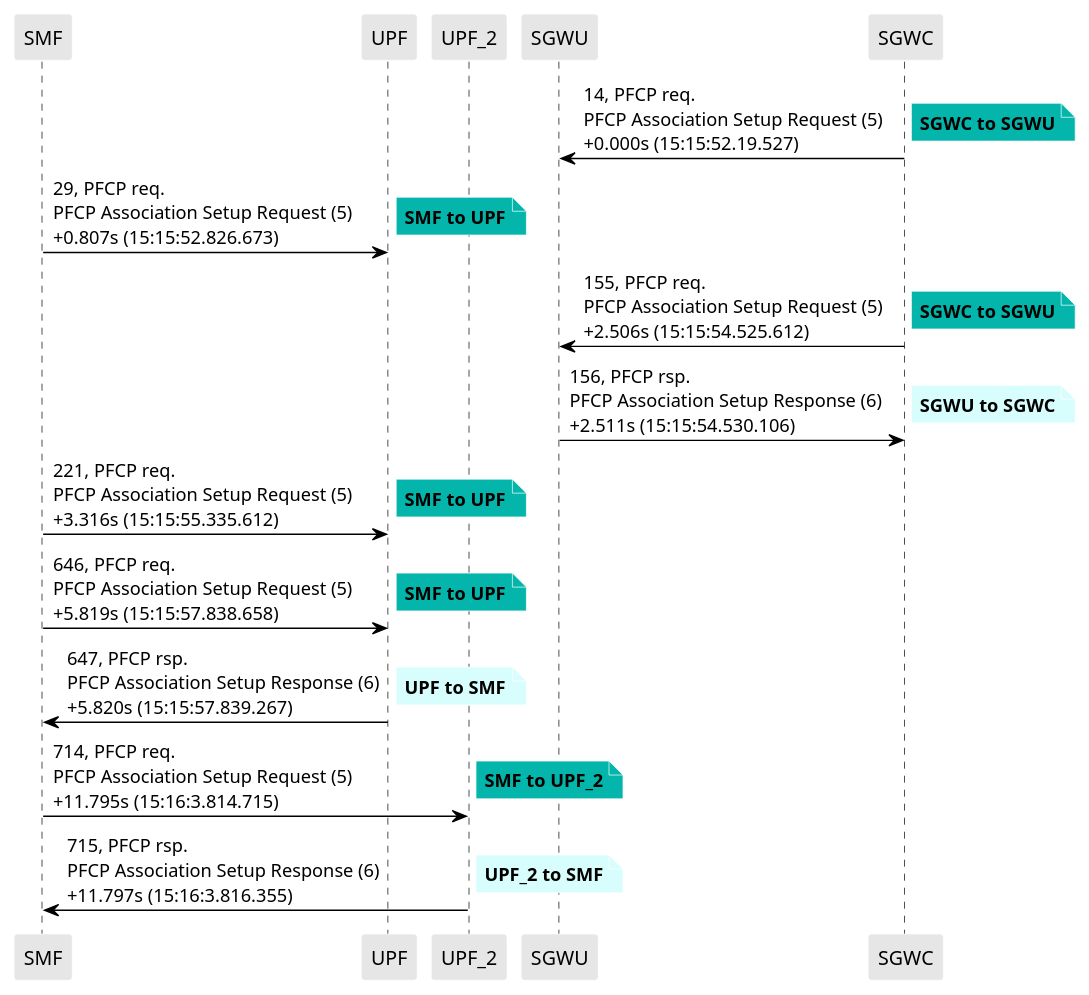
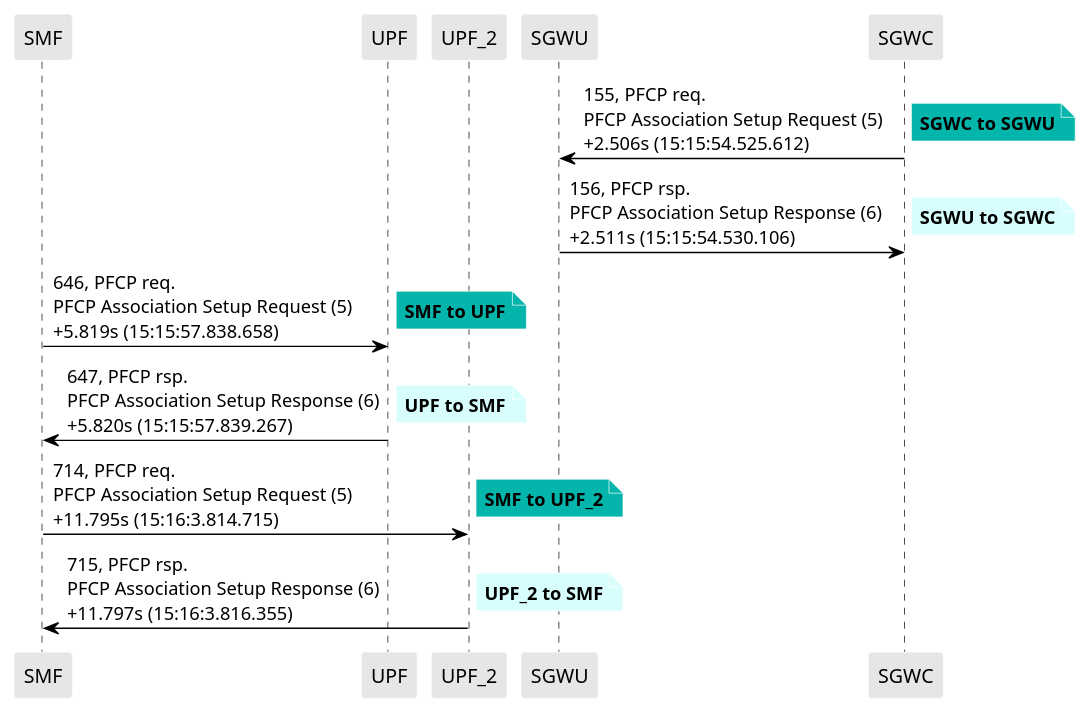
One commit to lilyhuegerich/5G changed the diagram in PCAPS/Core/start_double_upf_OS.puml. Above: the diagram before and after it, drawn with PlantUML. The commit also changed 30 other files, not shown here.

```diff
--- a/PCAPS/Core/start_double_upf_OS.puml
+++ b/PCAPS/Core/start_double_upf_OS.puml
@@ -1,71 +1,53 @@
 @startuml
 skinparam shadowing false
 skinparam NoteBorderColor white
 skinparam sequence {
     ArrowColor black
     LifeLineBorderColor black
     LifeLineBackgroundColor black
     ParticipantBorderColor white
     ParticipantBackgroundColor #e6e6e6
 }
 participant "SMF"
 participant "UPF"
 participant "UPF_2"
 participant "SGWU"
 participant "SGWC"
 
-"SGWC" -> "SGWU": 14, PFCP req.\nPFCP Association Setup Request (5)\n+0.000s (15:15:52.19.527)
-
-note right #03B5AA
-**SGWC to SGWU**
-end note
-
-"SMF" -> "UPF": 29, PFCP req.\nPFCP Association Setup Request (5)\n+0.807s (15:15:52.826.673)
-
-note right #03B5AA
-**SMF to UPF**
-end note
-
 "SGWC" -> "SGWU": 155, PFCP req.\nPFCP Association Setup Request (5)\n+2.506s (15:15:54.525.612)
 
 note right #03B5AA
 **SGWC to SGWU**
 end note
 
 "SGWU" -> "SGWC": 156, PFCP rsp.\nPFCP Association Setup Response (6)\n+2.511s (15:15:54.530.106)
 
 note right #D7FEFC
 **SGWU to SGWC**
-end note
-
-"SMF" -> "UPF": 221, PFCP req.\nPFCP Association Setup Request (5)\n+3.316s (15:15:55.335.612)
-
-note right #03B5AA
-**SMF to UPF**
 end note
 
 "SMF" -> "UPF": 646, PFCP req.\nPFCP Association Setup Request (5)\n+5.819s (15:15:57.838.658)
 
 note right #03B5AA
 **SMF to UPF**
 end note
 
 "UPF" -> "SMF": 647, PFCP rsp.\nPFCP Association Setup Response (6)\n+5.820s (15:15:57.839.267)
 
 note right #D7FEFC
 **UPF to SMF**
 end note
 
 "SMF" -> "UPF_2": 714, PFCP req.\nPFCP Association Setup Request (5)\n+11.795s (15:16:3.814.715)
 
 note right #03B5AA
 **SMF to UPF_2**
 end note
 
 "UPF_2" -> "SMF": 715, PFCP rsp.\nPFCP Association Setup Response (6)\n+11.797s (15:16:3.816.355)
 
 note right #D7FEFC
 **UPF_2 to SMF**
 end note
 
 @enduml
```
